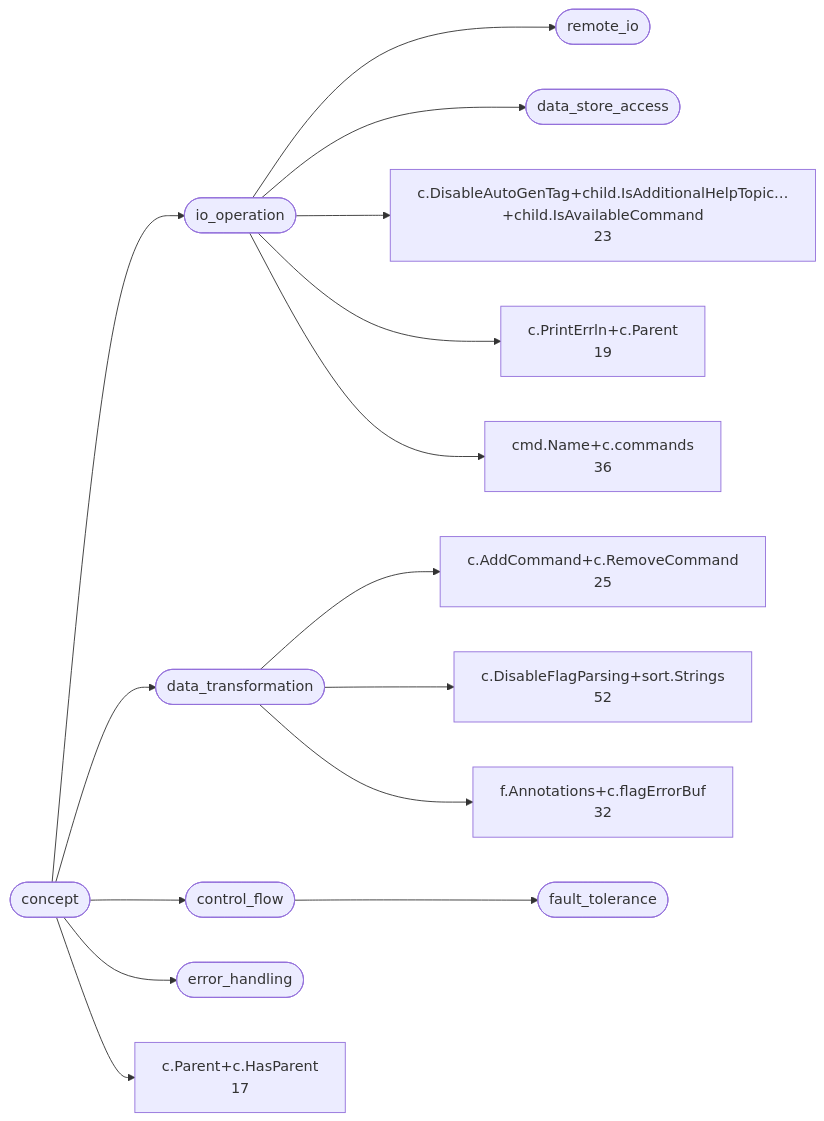
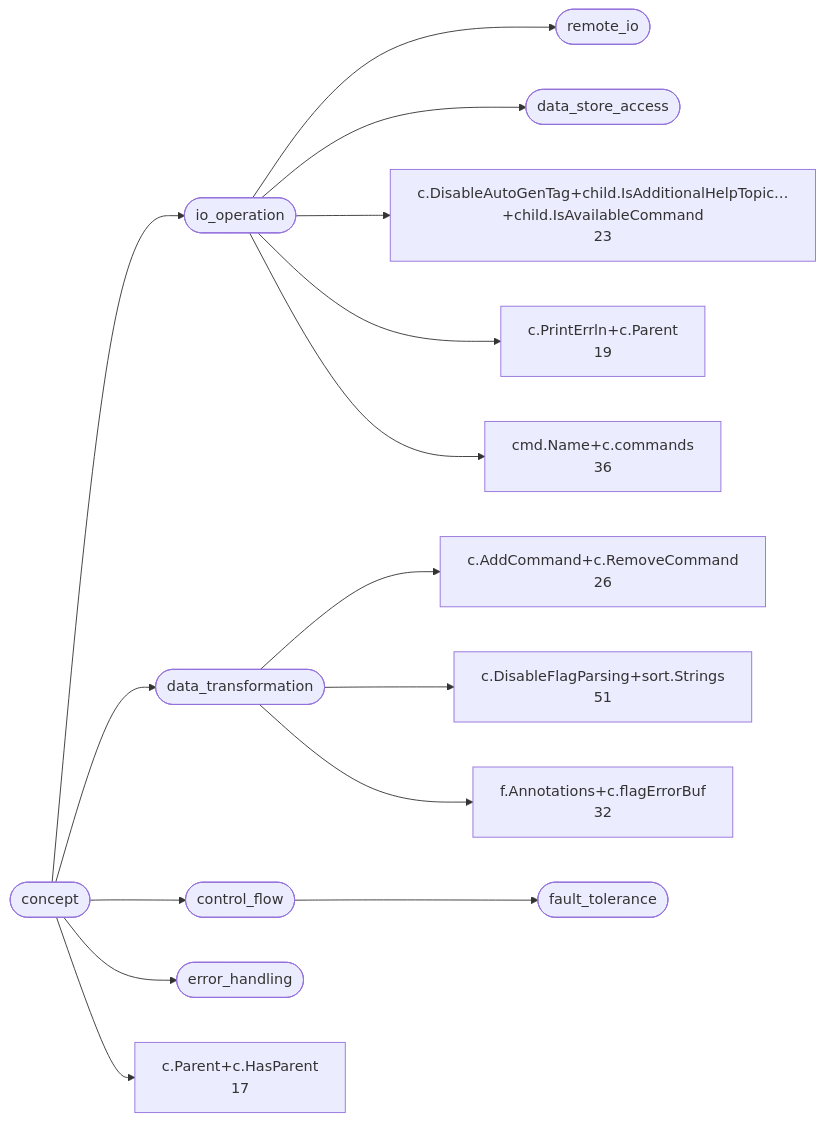
One commit to LukasSelin/doppel changed the second of 8 diagrams in examples/cobra.md. Above: the diagram before and after it, drawn with Mermaid. The commit also changed other lines of this file and 7 other files, not shown here.

````diff
--- a/examples/cobra.md
+++ b/examples/cobra.md
@@ -110,32 +110,32 @@
 ```mermaid
 flowchart LR
     c0(["concept"])
     c1(["io_operation"])
     c2(["remote_io"])
     c3(["data_store_access"])
     c4(["data_transformation"])
     c5(["control_flow"])
     c6(["fault_tolerance"])
     c7(["error_handling"])
-    c8["c.AddCommand+c.RemoveCommand<br/>25"]
+    c8["c.AddCommand+c.RemoveCommand<br/>26"]
     c9["c.DisableAutoGenTag+child.IsAdditionalHelpTopic…+child.IsAvailableCommand<br/>23"]
-    c10["c.DisableFlagParsing+sort.Strings<br/>52"]
+    c10["c.DisableFlagParsing+sort.Strings<br/>51"]
     c11["c.Parent+c.HasParent<br/>17"]
     c12["c.PrintErrln+c.Parent<br/>19"]
     c13["cmd.Name+c.commands<br/>36"]
     c14["f.Annotations+c.flagErrorBuf<br/>32"]
     c0 --> c1
     c1 --> c2
     c1 --> c3
     c0 --> c4
     c0 --> c5
     c5 --> c6
     c0 --> c7
     c4 --> c8
     c1 --> c9
     c4 --> c10
     c0 --> c11
     c1 --> c12
     c1 --> c13
     c4 --> c14
 ```
````
